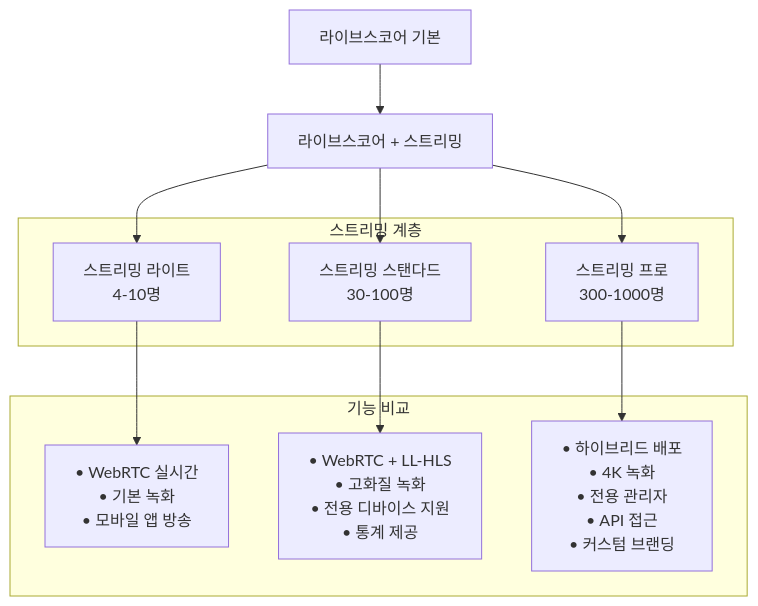
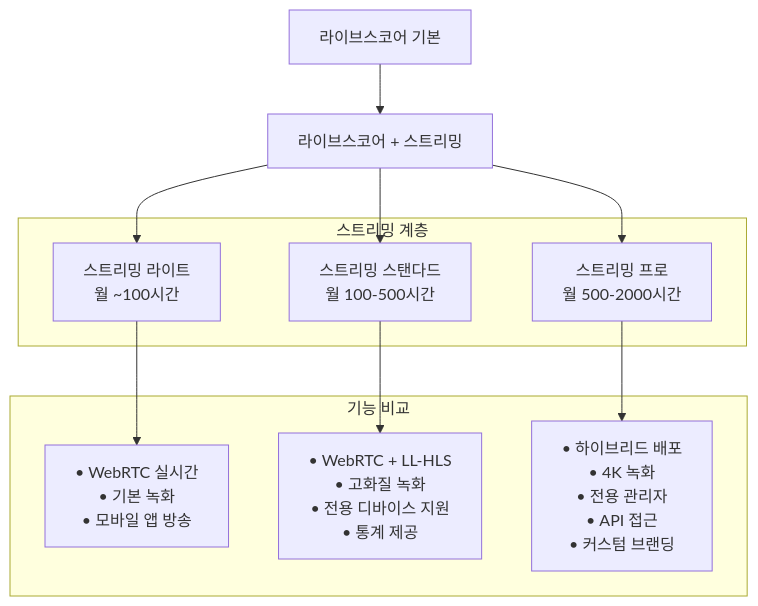
The fourth of 6 diagrams in README-0.6.md (erichshan/livescore-video-stream), drawn with Mermaid before and after one commit. The commit also changed other lines of this file and 2 other files, not shown here.

````diff
--- a/README-0.6.md
+++ b/README-0.6.md
@@ -275,24 +323,24 @@
 ```mermaid
 graph TD
     A[라이브스코어 기본] --> B[라이브스코어 + 스트리밍]
     
     subgraph "스트리밍 계층"
-        C[스트리밍 라이트<br>4-10명]
-        D[스트리밍 스탠다드<br>30-100명]
-        E[스트리밍 프로<br>300-1000명]
+        C[스트리밍 라이트<br>월 ~100시간]
+        D[스트리밍 스탠다드<br>월 100-500시간]
+        E[스트리밍 프로<br>월 500-2000시간]
     end
     
     B --> C
     B --> D  
     B --> E
     
     subgraph "기능 비교"
         F[• WebRTC 실시간<br>• 기본 녹화<br>• 모바일 앱 방송]
         G[• WebRTC + LL-HLS<br>• 고화질 녹화<br>• 전용 디바이스 지원<br>• 통계 제공]
         H[• 하이브리드 배포<br>• 4K 녹화<br>• 전용 관리자<br>• API 접근<br>• 커스텀 브랜딩]
     end
     
     C --> F
     D --> G
     E --> H
 ```
````
